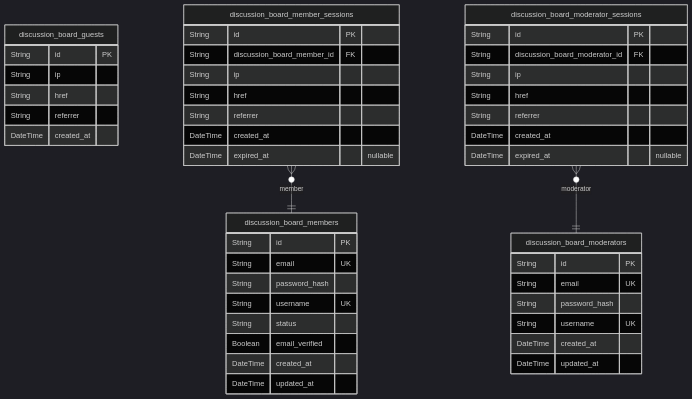
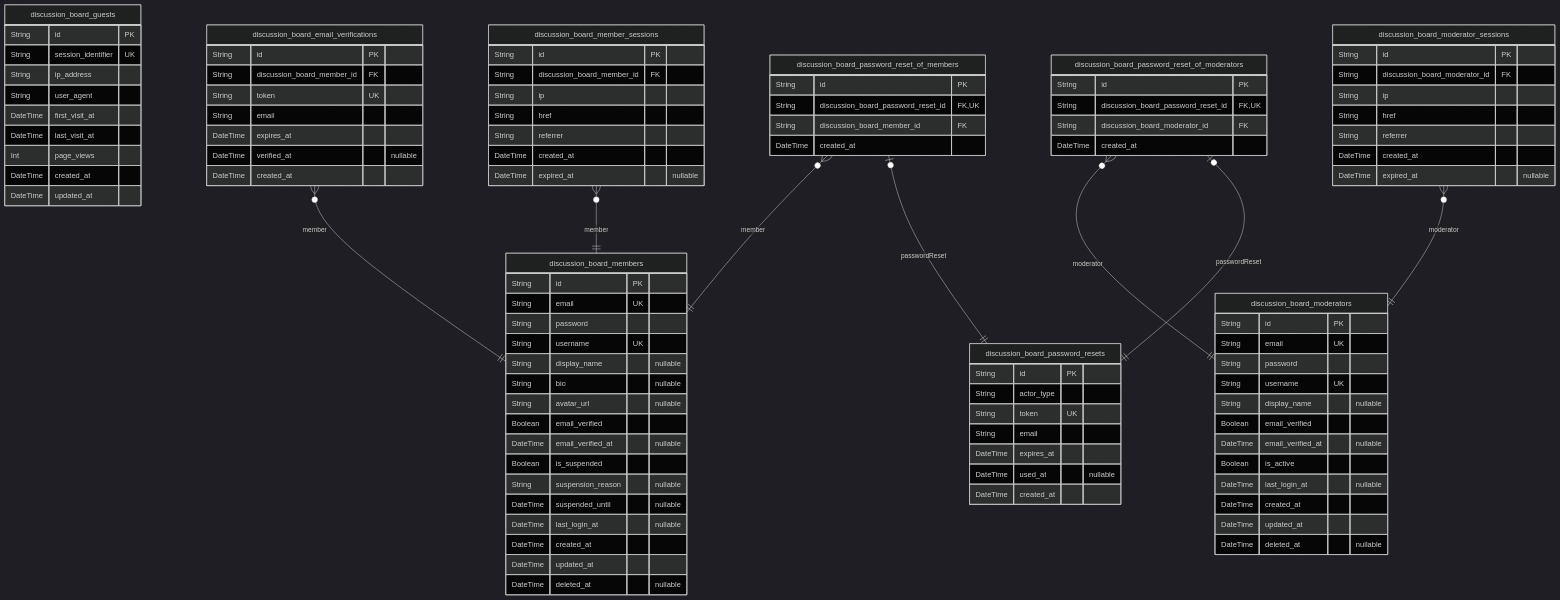
One commit to wrtnlabs/autobe-examples changed the first of 4 diagrams in anthropic/claude-sonnet-4.5/bbs/docs/ERD.md. Above: the diagram before and after it, drawn with Mermaid (dark theme). The commit also changed other lines of this file and 3569 other files, not shown here.

````diff
--- a/anthropic/claude-sonnet-4.5/bbs/docs/ERD.md
+++ b/anthropic/claude-sonnet-4.5/bbs/docs/ERD.md
@@ -13,20 +13,46 @@
 erDiagram
 "discussion_board_guests" {
   String id PK
-  String ip
-  String href
-  String referrer
+  String session_identifier UK
+  String ip_address
+  String user_agent
+  DateTime first_visit_at
+  DateTime last_visit_at
+  Int page_views
   DateTime created_at
+  DateTime updated_at
 }
 "discussion_board_members" {
   String id PK
   String email UK
-  String password_hash
+  String password
   String username UK
-  String status
+  String display_name "nullable"
+  String bio "nullable"
+  String avatar_url "nullable"
   Boolean email_verified
+  DateTime email_verified_at "nullable"
+  Boolean is_suspended
+  String suspension_reason "nullable"
+  DateTime suspended_until "nullable"
+  DateTime last_login_at "nullable"
   DateTime created_at
   DateTime updated_at
+  DateTime deleted_at "nullable"
+}
+"discussion_board_moderators" {
+  String id PK
+  String email UK
+  String password
+  String username UK
+  String display_name "nullable"
+  Boolean email_verified
+  DateTime email_verified_at "nullable"
+  Boolean is_active
+  DateTime last_login_at "nullable"
+  DateTime created_at
+  DateTime updated_at
+  DateTime deleted_at "nullable"
 }
 "discussion_board_member_sessions" {
   String id PK
@@ -37,14 +63,6 @@
   DateTime created_at
   DateTime expired_at "nullable"
 }
-"discussion_board_moderators" {
-  String id PK
-  String email UK
-  String password_hash
-  String username UK
-  DateTime created_at
-  DateTime updated_at
-}
 "discussion_board_moderator_sessions" {
   String id PK
   String discussion_board_moderator_id FK
@@ -54,6 +72,41 @@
   DateTime created_at
   DateTime expired_at "nullable"
 }
+"discussion_board_email_verifications" {
+  String id PK
+  String discussion_board_member_id FK
+  String token UK
+  String email
+  DateTime expires_at
+  DateTime verified_at "nullable"
+  DateTime created_at
+}
+"discussion_board_password_resets" {
+  String id PK
+  String actor_type
+  String token UK
+  String email
+  DateTime expires_at
+  DateTime used_at "nullable"
+  DateTime created_at
+}
+"discussion_board_password_reset_of_members" {
+  String id PK
+  String discussion_board_password_reset_id FK,UK
+  String discussion_board_member_id FK
+  DateTime created_at
+}
+"discussion_board_password_reset_of_moderators" {
+  String id PK
+  String discussion_board_password_reset_id FK,UK
+  String discussion_board_moderator_id FK
+  DateTime created_at
+}
 "discussion_board_member_sessions" }o--|| "discussion_board_members" : member
 "discussion_board_moderator_sessions" }o--|| "discussion_board_moderators" : moderator
+"discussion_board_email_verifications" }o--|| "discussion_board_members" : member
+"discussion_board_password_reset_of_members" |o--|| "discussion_board_password_resets" : passwordReset
+"discussion_board_password_reset_of_members" }o--|| "discussion_board_members" : member
+"discussion_board_password_reset_of_moderators" |o--|| "discussion_board_password_resets" : passwordReset
+"discussion_board_password_reset_of_moderators" }o--|| "discussion_board_moderators" : moderator
 ```
````
